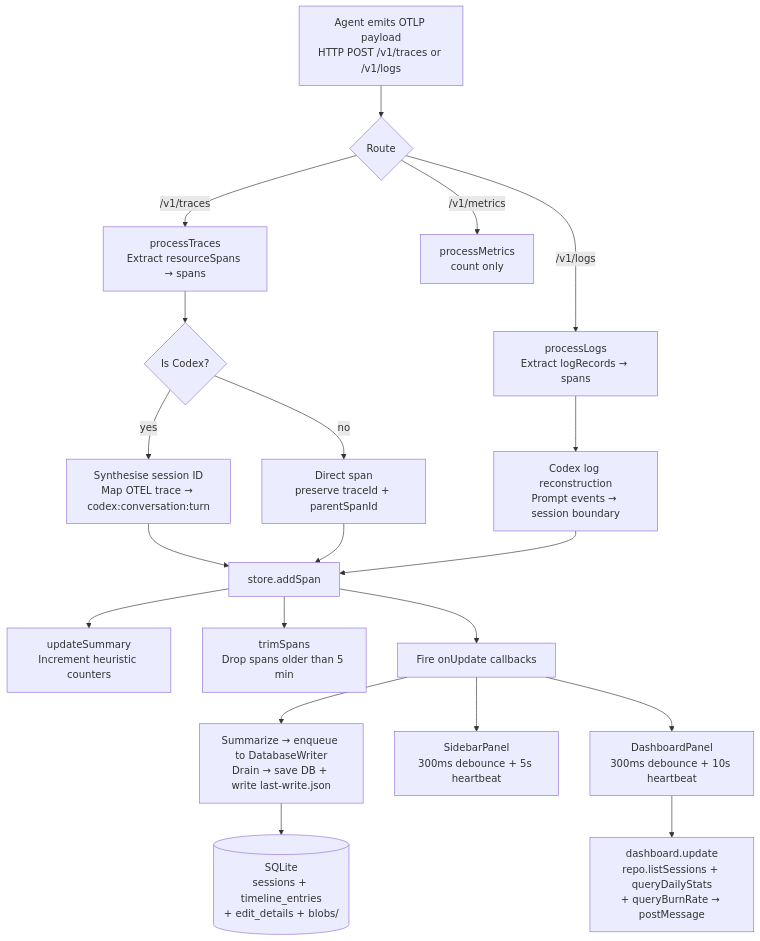
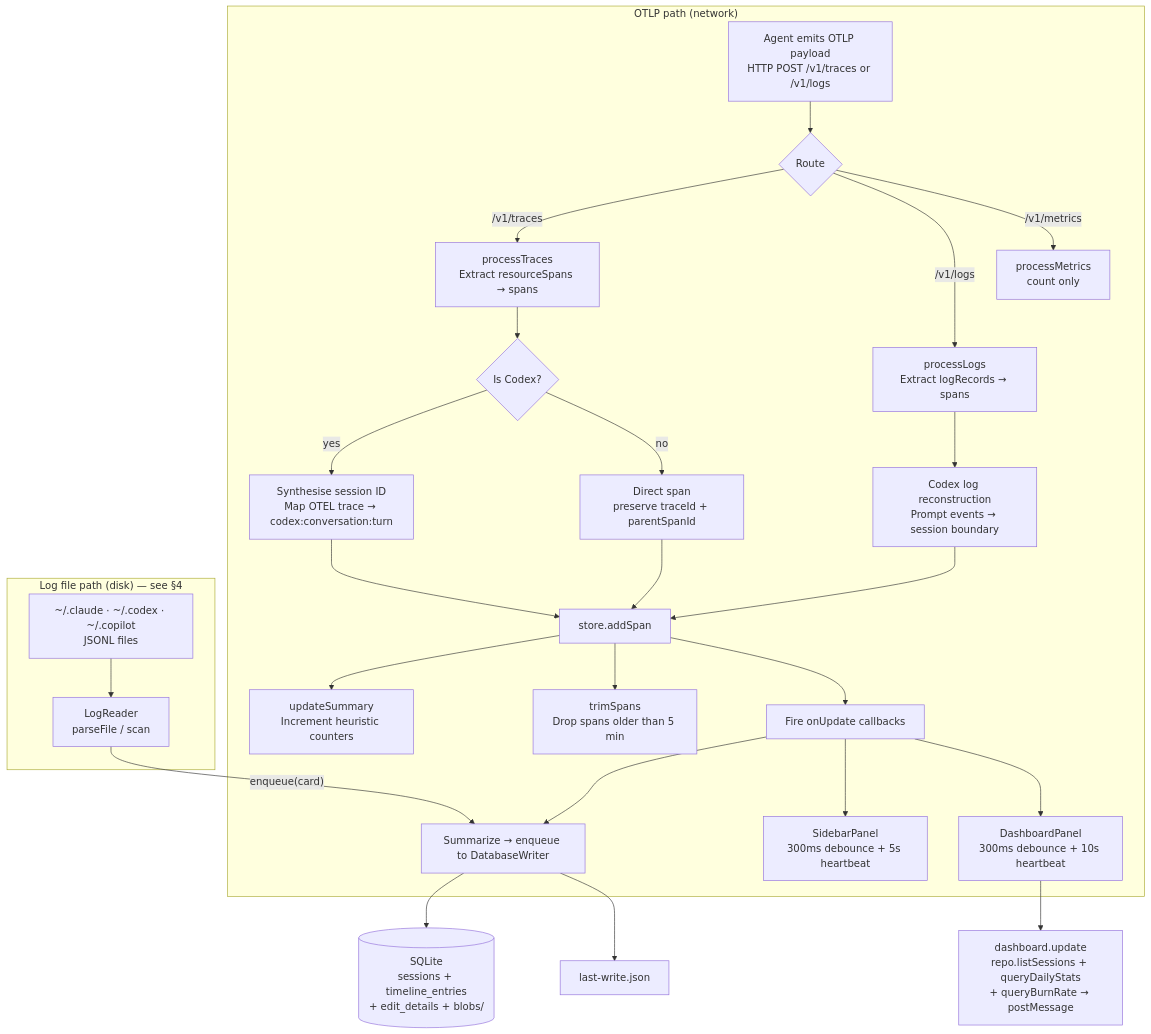
One commit to RogerReed/agentlens changed the third of 19 diagrams in ARCHITECTURE.md. Above: the diagram before and after it, drawn with Mermaid. The commit also changed other lines of this file, not shown here.

First line of the commit message:
docs: update ARCHITECTURE.md to reflect local log ingestion and recent additions

````diff
--- a/ARCHITECTURE.md
+++ b/ARCHITECTURE.md
@@ -114,30 +138,38 @@
 ```mermaid
 flowchart TD
-    A[Agent emits OTLP payload<br/>HTTP POST /v1/traces or /v1/logs] --> B{Route}
+    subgraph OTLP["OTLP path (network)"]
+        A[Agent emits OTLP payload<br/>HTTP POST /v1/traces or /v1/logs] --> B{Route}
 
-    B -- /v1/traces --> T[processTraces<br/>Extract resourceSpans → spans]
-    B -- /v1/logs  --> L[processLogs<br/>Extract logRecords → spans]
-    B -- /v1/metrics --> M[processMetrics<br/>count only]
+        B -- /v1/traces --> T[processTraces<br/>Extract resourceSpans → spans]
+        B -- /v1/logs  --> L[processLogs<br/>Extract logRecords → spans]
+        B -- /v1/metrics --> M[processMetrics<br/>count only]
 
-    T --> NS{Is Codex?}
-    NS -- yes --> CS[Synthesise session ID<br/>Map OTEL trace → codex:conversation:turn]
-    NS -- no  --> DS[Direct span<br/>preserve traceId + parentSpanId]
+        T --> NS{Is Codex?}
+        NS -- yes --> CS[Synthesise session ID<br/>Map OTEL trace → codex:conversation:turn]
+        NS -- no  --> DS[Direct span<br/>preserve traceId + parentSpanId]
 
-    L --> LS[Codex log reconstruction<br/>Prompt events → session boundary]
+        L --> LS[Codex log reconstruction<br/>Prompt events → session boundary]
 
-    CS --> ADD[store.addSpan]
-    DS --> ADD
-    LS --> ADD
+        CS --> ADD[store.addSpan]
+        DS --> ADD
+        LS --> ADD
 
-    ADD --> UPD[updateSummary<br/>Increment heuristic counters]
-    ADD --> TRIM[trimSpans<br/>Drop spans older than 5 min]
-    ADD --> CB[Fire onUpdate callbacks]
+        ADD --> UPD[updateSummary<br/>Increment heuristic counters]
+        ADD --> TRIM[trimSpans<br/>Drop spans older than 5 min]
+        ADD --> CB[Fire onUpdate callbacks]
 
-    CB --> WRITE[Summarize → enqueue to DatabaseWriter<br/>Drain → save DB + write last-write.json]
-    CB --> SID_CB[SidebarPanel<br/>300ms debounce + 5s heartbeat]
-    CB --> DSH_CB[DashboardPanel<br/>300ms debounce + 10s heartbeat]
+        CB --> WRITE[Summarize → enqueue to DatabaseWriter]
+        CB --> SID_CB[SidebarPanel<br/>300ms debounce + 5s heartbeat]
+        CB --> DSH_CB[DashboardPanel<br/>300ms debounce + 10s heartbeat]
+    end
+
+    subgraph LOGS["Log file path (disk) — see §4"]
+        LF["~/.claude · ~/.codex · ~/.copilot<br/>JSONL files"] --> LR[LogReader<br/>parseFile / scan]
+        LR -- "enqueue(card)" --> WRITE
+    end
 
     WRITE --> SQLITE[(SQLite<br/>sessions + timeline_entries<br/>+ edit_details + blobs/)]
+    WRITE --> SIG[last-write.json]
 
     DSH_CB --> DSH_U[dashboard.update<br/>repo.listSessions + queryDailyStats<br/>+ queryBurnRate → postMessage]
 ```
````
